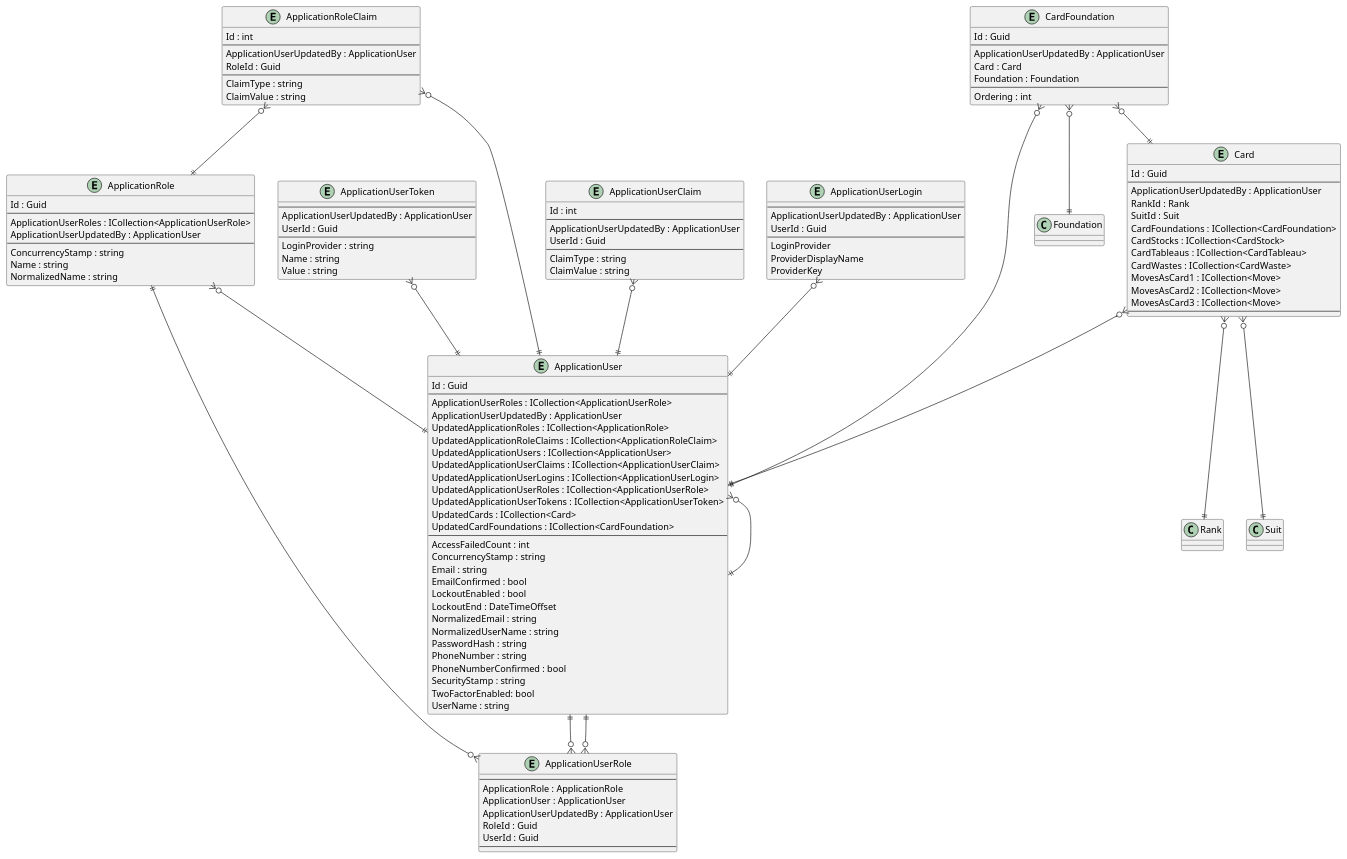
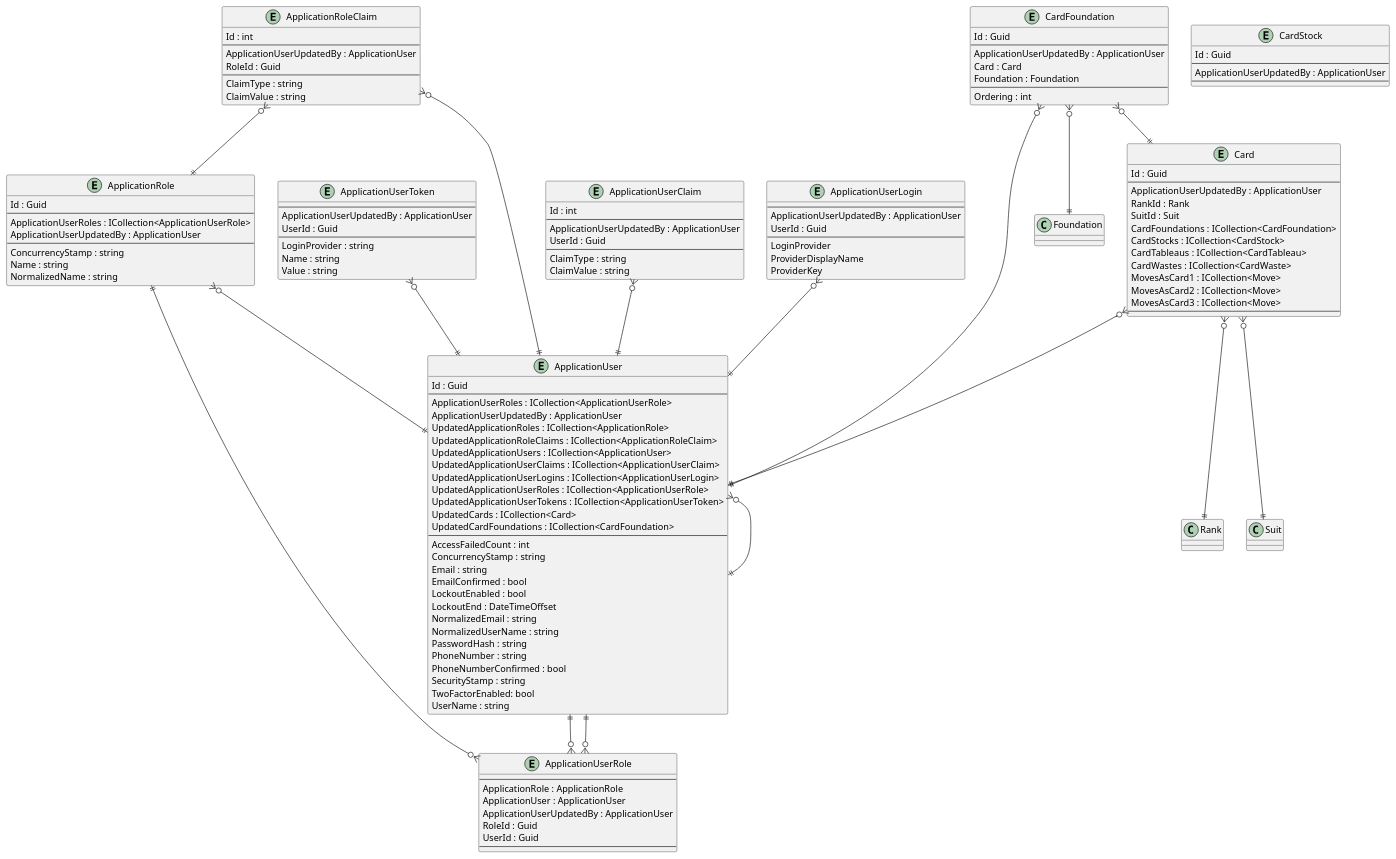
One commit to intrepion/intrepion_klondike-solitaire_csharp changed the diagram in .docs/Intrepion.KlondikeSolitaire.pu. Above: the diagram before and after it, drawn with PlantUML.

```diff
--- a/.docs/Intrepion.KlondikeSolitaire.pu
+++ b/.docs/Intrepion.KlondikeSolitaire.pu
@@ -1,147 +1,156 @@
 @startuml
 
 entity ApplicationRole {
     Id : Guid
     --
     ApplicationUserRoles : ICollection<ApplicationUserRole>
     ApplicationUserUpdatedBy : ApplicationUser
     --
     ConcurrencyStamp : string
     Name : string
     NormalizedName : string
 }
 
 entity ApplicationRoleClaim {
     Id : int
     --
     ApplicationUserUpdatedBy : ApplicationUser
     RoleId : Guid
     --
     ClaimType : string
     ClaimValue : string
 }
 
 entity ApplicationUser {
     Id : Guid
     --
     ApplicationUserRoles : ICollection<ApplicationUserRole>
     ApplicationUserUpdatedBy : ApplicationUser
     UpdatedApplicationRoles : ICollection<ApplicationRole>
     UpdatedApplicationRoleClaims : ICollection<ApplicationRoleClaim>
     UpdatedApplicationUsers : ICollection<ApplicationUser>
     UpdatedApplicationUserClaims : ICollection<ApplicationUserClaim>
     UpdatedApplicationUserLogins : ICollection<ApplicationUserLogin>
     UpdatedApplicationUserRoles : ICollection<ApplicationUserRole>
     UpdatedApplicationUserTokens : ICollection<ApplicationUserToken>
     UpdatedCards : ICollection<Card>
     UpdatedCardFoundations : ICollection<CardFoundation>
     ' ApplicationUserKeyCodePlaceholder
     --
     AccessFailedCount : int
     ConcurrencyStamp : string
     Email : string
     EmailConfirmed : bool
     LockoutEnabled : bool
     LockoutEnd : DateTimeOffset
     NormalizedEmail : string
     NormalizedUserName : string
     PasswordHash : string
     PhoneNumber : string
     PhoneNumberConfirmed : bool
     SecurityStamp : string
     TwoFactorEnabled: bool
     UserName : string
 }
 
 entity ApplicationUserClaim {
     Id : int
     --
     ApplicationUserUpdatedBy : ApplicationUser
     UserId : Guid
     --
     ClaimType : string
     ClaimValue : string
 }
 
 entity ApplicationUserLogin {
     --
     ApplicationUserUpdatedBy : ApplicationUser
     UserId : Guid
     --
     LoginProvider
     ProviderDisplayName
     ProviderKey
 }
 
 entity ApplicationUserRole {
     --
     ApplicationRole : ApplicationRole
     ApplicationUser : ApplicationUser
     ApplicationUserUpdatedBy : ApplicationUser
     RoleId : Guid
     UserId : Guid
     --
 }
 
 entity ApplicationUserToken {
     --
     ApplicationUserUpdatedBy : ApplicationUser
     UserId : Guid
     --
     LoginProvider : string
     Name : string
     Value : string
 }
 
 entity Card {
     Id : Guid
     --
     ApplicationUserUpdatedBy : ApplicationUser
     RankId : Rank
     SuitId : Suit
     CardFoundations : ICollection<CardFoundation>
     CardStocks : ICollection<CardStock>
     CardTableaus : ICollection<CardTableau>
     CardWastes : ICollection<CardWaste>
     MovesAsCard1 : ICollection<Move>
     MovesAsCard2 : ICollection<Move>
     MovesAsCard3 : ICollection<Move>
     ' CardKeyCodePlaceholder
     --
     ' CardPropertyCodePlaceholder
 }
 
 entity CardFoundation {
     Id : Guid
     --
     ApplicationUserUpdatedBy : ApplicationUser
     Card : Card
     Foundation : Foundation
     ' CardFoundationKeyCodePlaceholder
     --
     Ordering : int
     ' CardFoundationPropertyCodePlaceholder
 }
 
+entity CardStock {
+    Id : Guid
+    --
+    ApplicationUserUpdatedBy : ApplicationUser
+    ' CardStockKeyCodePlaceholder
+    --
+    ' CardStockPropertyCodePlaceholder
+}
+
 ' EntityCodePlaceholder
 
 ApplicationRole ||--o{ ApplicationUserRole
 ApplicationRole }o--|| ApplicationUser
 ApplicationRoleClaim }o--|| ApplicationRole
 ApplicationRoleClaim }o--|| ApplicationUser
 ApplicationUser }o--|| ApplicationUser
 ApplicationUser ||--o{ ApplicationUserRole
 ApplicationUserClaim }o--|| ApplicationUser
 ApplicationUserLogin }o--|| ApplicationUser
 ApplicationUserRole }o--|| ApplicationUser
 ApplicationUserToken }o--|| ApplicationUser
 
 Card }o--|| ApplicationUser
 Card }o--|| Rank
 Card }o--|| Suit
 CardFoundation }o--|| ApplicationUser
 CardFoundation }o--|| Card
 CardFoundation }o--|| Foundation
 ' RelationshipCodePlaceholder
 
 @enduml
```
